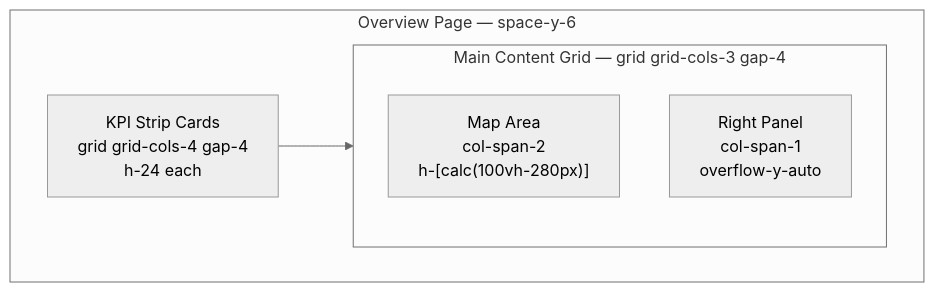
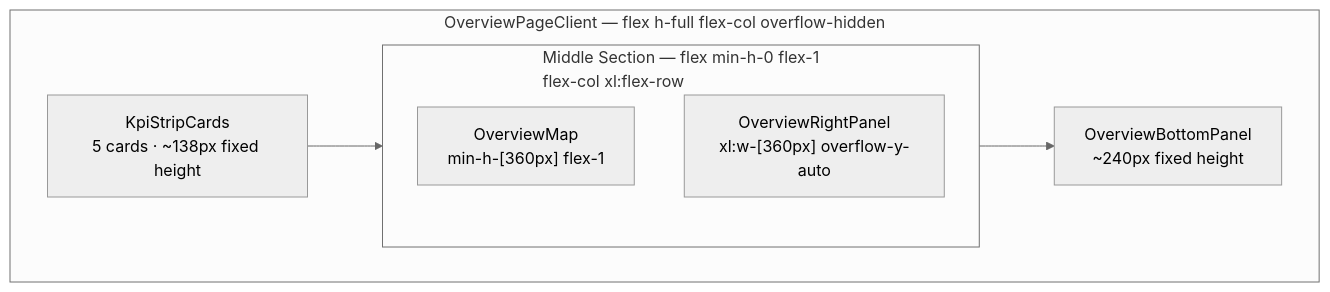
The fifth of 14 diagrams in apps/logistics-dashboard/docs/LAYOUT.md (macho715/logi_hvdc_dash), drawn with Mermaid (neutral theme) before and after one commit. The commit also changed other lines of this file and 80 other files, not shown here.

````diff
--- a/apps/logistics-dashboard/docs/LAYOUT.md
+++ b/apps/logistics-dashboard/docs/LAYOUT.md
@@ -151,12 +176,14 @@
 ```mermaid
 graph TD
-    subgraph OverviewPage["Overview Page — space-y-6"]
-        KpiStrip["KPI Strip Cards<br/>grid grid-cols-4 gap-4<br/>h-24 each"]
-        subgraph MainGrid["Main Content Grid — grid grid-cols-3 gap-4"]
-            MapArea["Map Area<br/>col-span-2<br/>h-[calc(100vh-280px)]"]
-            RightPanel["Right Panel<br/>col-span-1<br/>overflow-y-auto"]
+    subgraph OverviewPageClient["OverviewPageClient — flex h-full flex-col overflow-hidden"]
+        KpiStrip["KpiStripCards<br/>5 cards · ~138px fixed height"]
+        subgraph Middle["Middle Section — flex min-h-0 flex-1<br/>flex-col xl:flex-row"]
+            MapArea["OverviewMap<br/>min-h-[360px] flex-1"]
+            RightPanel["OverviewRightPanel<br/>xl:w-[360px] overflow-y-auto"]
         end
+        BottomPanel["OverviewBottomPanel<br/>~240px fixed height"]
     end
 
-    KpiStrip --> MainGrid
+    KpiStrip --> Middle
+    Middle --> BottomPanel
 ```
````
